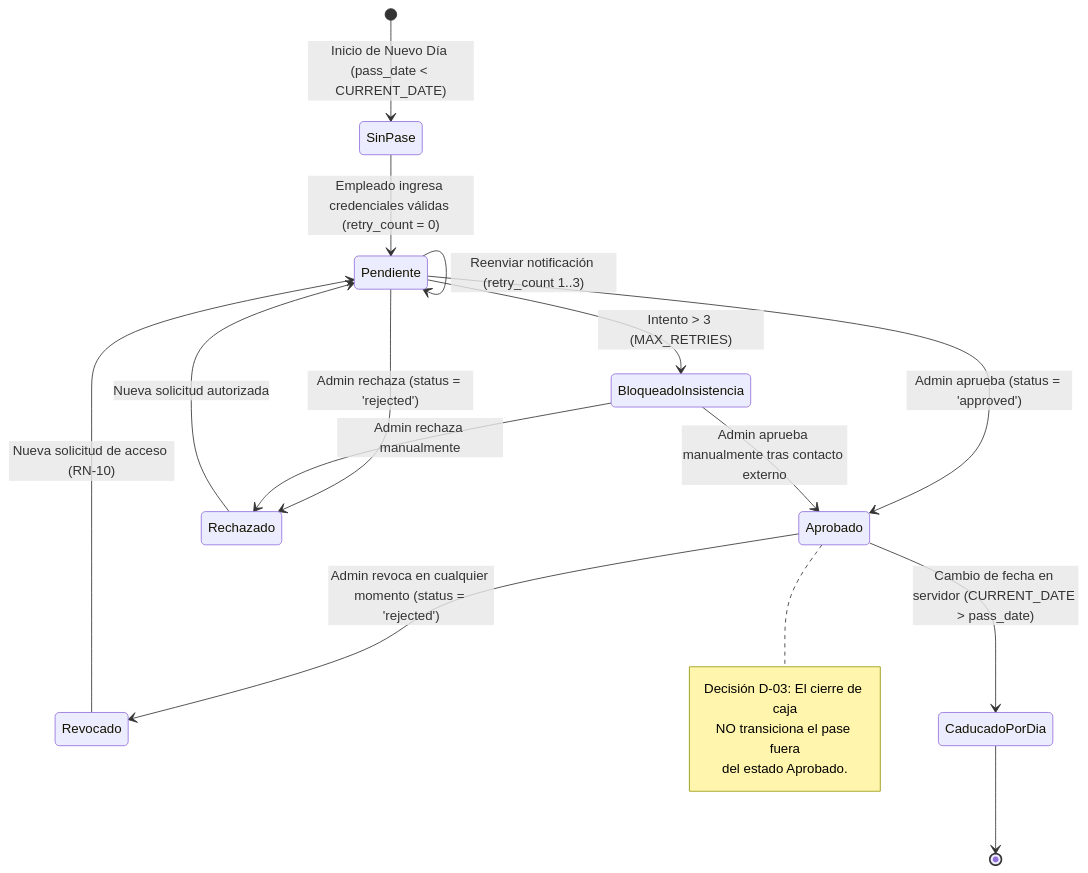
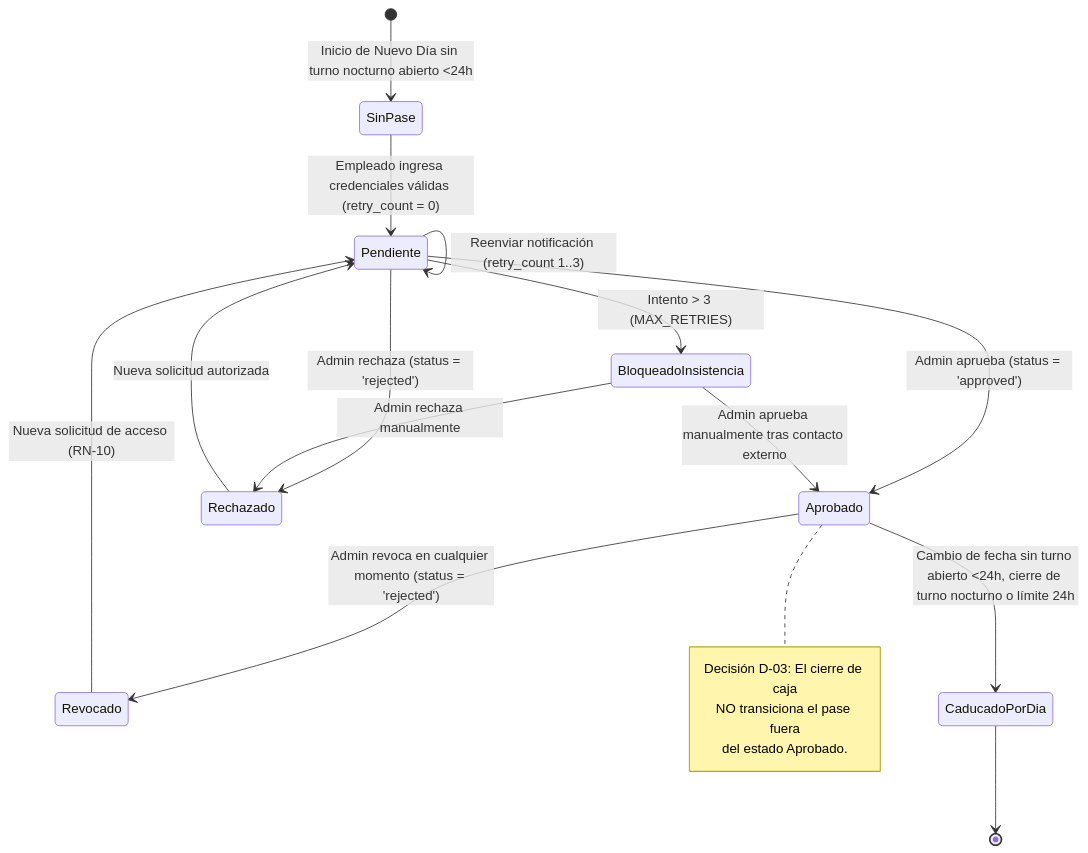
Before and after one commit to YamirJCF/tienda-barrio-pro: the third of 4 diagrams in documentation/01_requirements/SDD/SDD_001_SEGURIDAD_DIARIA.md, drawn with Mermaid. The commit also changed other lines of this file and 24 other files, not shown here.

````diff
--- a/documentation/01_requirements/SDD/SDD_001_SEGURIDAD_DIARIA.md
+++ b/documentation/01_requirements/SDD/SDD_001_SEGURIDAD_DIARIA.md
@@ -139,21 +143,21 @@
 ```mermaid
 stateDiagram-v2
-    [*] --> SinPase : Inicio de Nuevo Día (pass_date < CURRENT_DATE)
+    [*] --> SinPase : Inicio de Nuevo Día sin turno nocturno abierto <24h
     SinPase --> Pendiente : Empleado ingresa credenciales válidas (retry_count = 0)
     Pendiente --> Pendiente : Reenviar notificación (retry_count 1..3)
     Pendiente --> BloqueadoInsistencia : Intento > 3 (MAX_RETRIES)
     Pendiente --> Aprobado : Admin aprueba (status = 'approved')
     Pendiente --> Rechazado : Admin rechaza (status = 'rejected')
     BloqueadoInsistencia --> Aprobado : Admin aprueba manualmente tras contacto externo
     BloqueadoInsistencia --> Rechazado : Admin rechaza manualmente
     Aprobado --> Revocado : Admin revoca en cualquier momento (status = 'rejected')
-    Aprobado --> CaducadoPorDia : Cambio de fecha en servidor (CURRENT_DATE > pass_date)
+    Aprobado --> CaducadoPorDia : Cambio de fecha sin turno abierto <24h, cierre de turno nocturno o límite 24h
     Note right of Aprobado
         Decisión D-03: El cierre de caja
         NO transiciona el pase fuera
         del estado Aprobado.
     end note
     Rechazado --> Pendiente : Nueva solicitud autorizada
     Revocado --> Pendiente : Nueva solicitud de acceso (RN-10)
     CaducadoPorDia --> [*]
 ```
````
